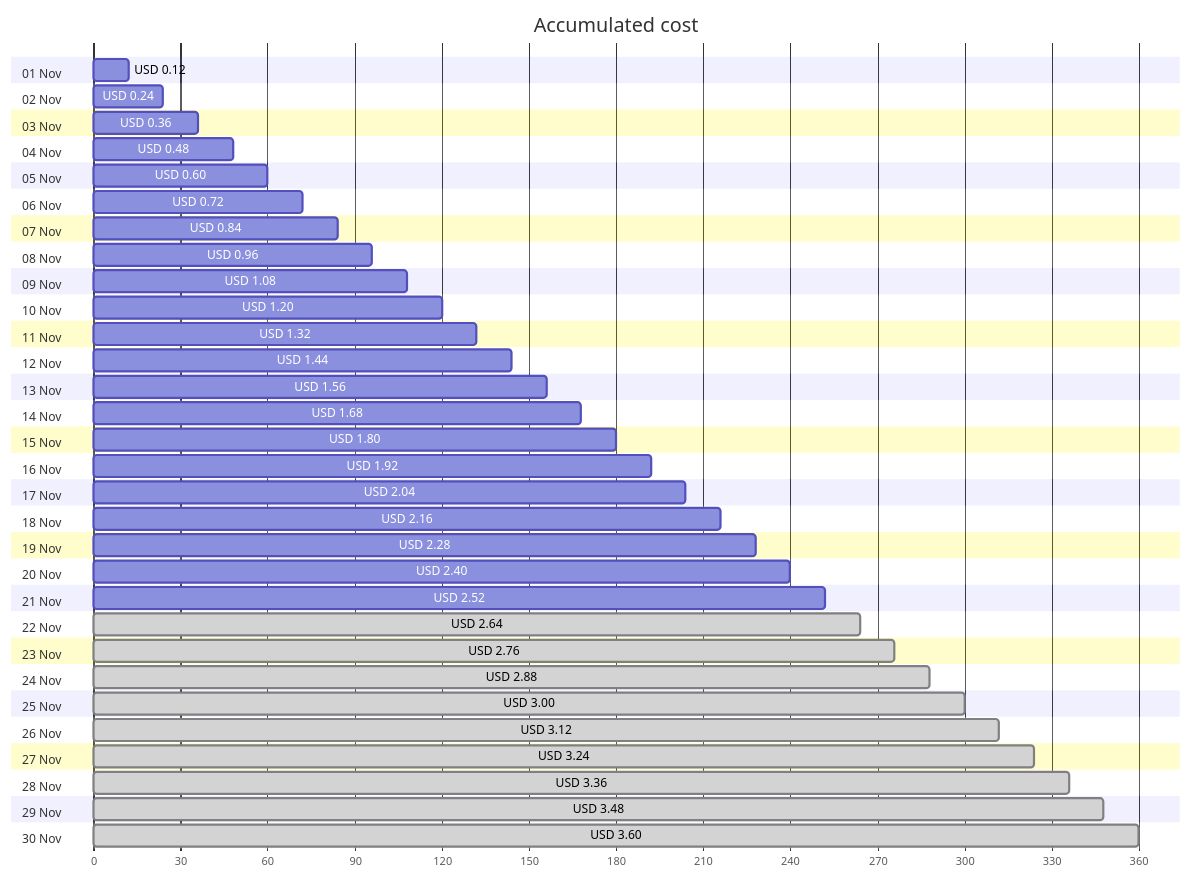
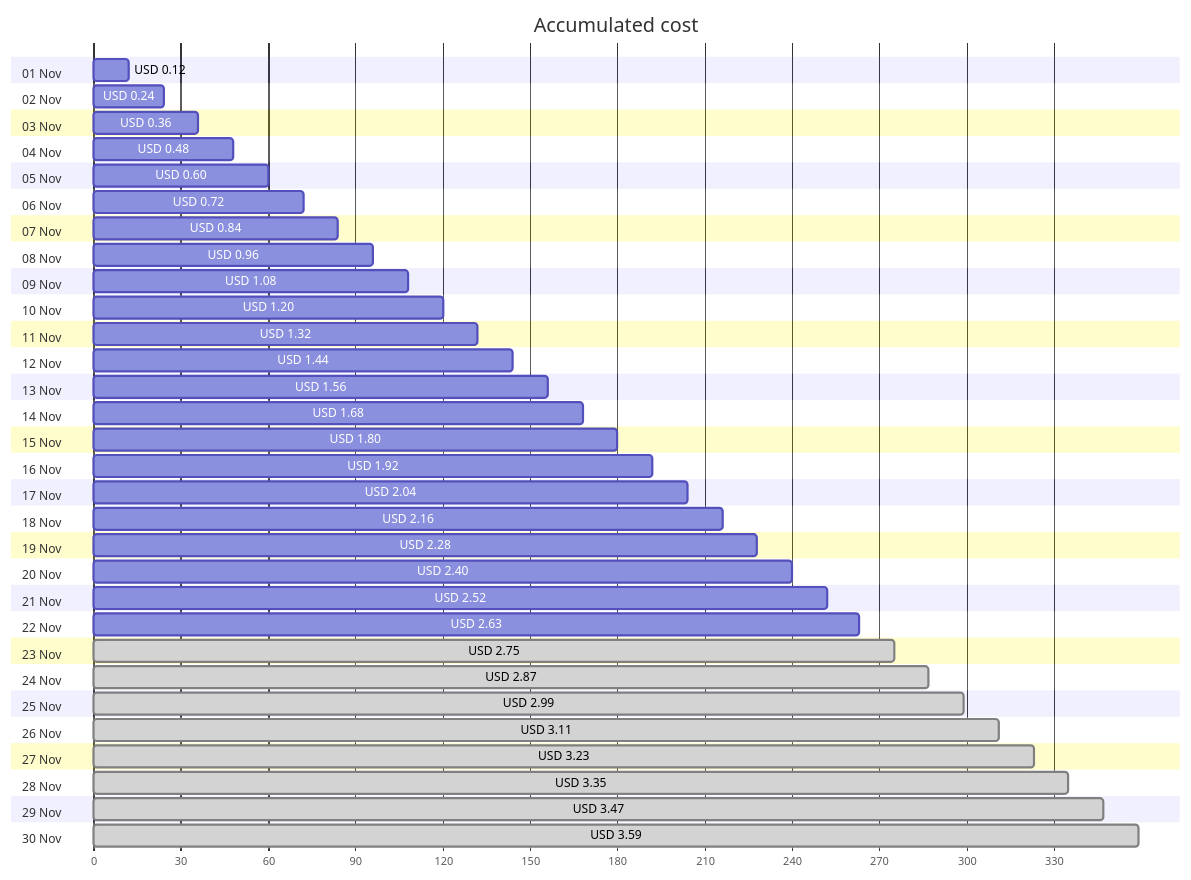
One commit to jpfulton/azure-personal-reports changed the first of 4 diagrams in cost-reports/personal-network/backup-server-public-ip.md. Above: the diagram before and after it, drawn with Mermaid. The commit also changed other lines of this file and 8 other files, not shown here.

````diff
--- a/cost-reports/personal-network/backup-server-public-ip.md
+++ b/cost-reports/personal-network/backup-server-public-ip.md
@@ -20,66 +20,66 @@
 ```mermaid
 gantt
    title Accumulated cost
    dateFormat  X
    axisFormat %s
    section 01 Nov
    USD 0.12 :0, 12
    section 02 Nov
    USD 0.24 :0, 24
    section 03 Nov
    USD 0.36 :0, 36
    section 04 Nov
    USD 0.48 :0, 48
    section 05 Nov
    USD 0.60 :0, 60
    section 06 Nov
    USD 0.72 :0, 72
    section 07 Nov
    USD 0.84 :0, 84
    section 08 Nov
    USD 0.96 :0, 96
    section 09 Nov
    USD 1.08 :0, 108
    section 10 Nov
    USD 1.20 :0, 120
    section 11 Nov
    USD 1.32 :0, 132
    section 12 Nov
    USD 1.44 :0, 144
    section 13 Nov
    USD 1.56 :0, 156
    section 14 Nov
    USD 1.68 :0, 168
    section 15 Nov
    USD 1.80 :0, 180
    section 16 Nov
    USD 1.92 :0, 192
    section 17 Nov
    USD 2.04 :0, 204
    section 18 Nov
    USD 2.16 :0, 216
    section 19 Nov
    USD 2.28 :0, 228
    section 20 Nov
    USD 2.40 :0, 240
    section 21 Nov
    USD 2.52 :0, 252
    section 22 Nov
-   USD 2.64 : done, 0, 264
+   USD 2.63 :0, 263
    section 23 Nov
-   USD 2.76 : done, 0, 276
+   USD 2.75 : done, 0, 275
    section 24 Nov
-   USD 2.88 : done, 0, 288
+   USD 2.87 : done, 0, 287
    section 25 Nov
-   USD 3.00 : done, 0, 300
+   USD 2.99 : done, 0, 299
    section 26 Nov
-   USD 3.12 : done, 0, 312
+   USD 3.11 : done, 0, 311
    section 27 Nov
-   USD 3.24 : done, 0, 324
+   USD 3.23 : done, 0, 323
    section 28 Nov
-   USD 3.36 : done, 0, 336
+   USD 3.35 : done, 0, 335
    section 29 Nov
-   USD 3.48 : done, 0, 348
+   USD 3.47 : done, 0, 347
    section 30 Nov
-   USD 3.60 : done, 0, 360
+   USD 3.59 : done, 0, 359
 ```
````
